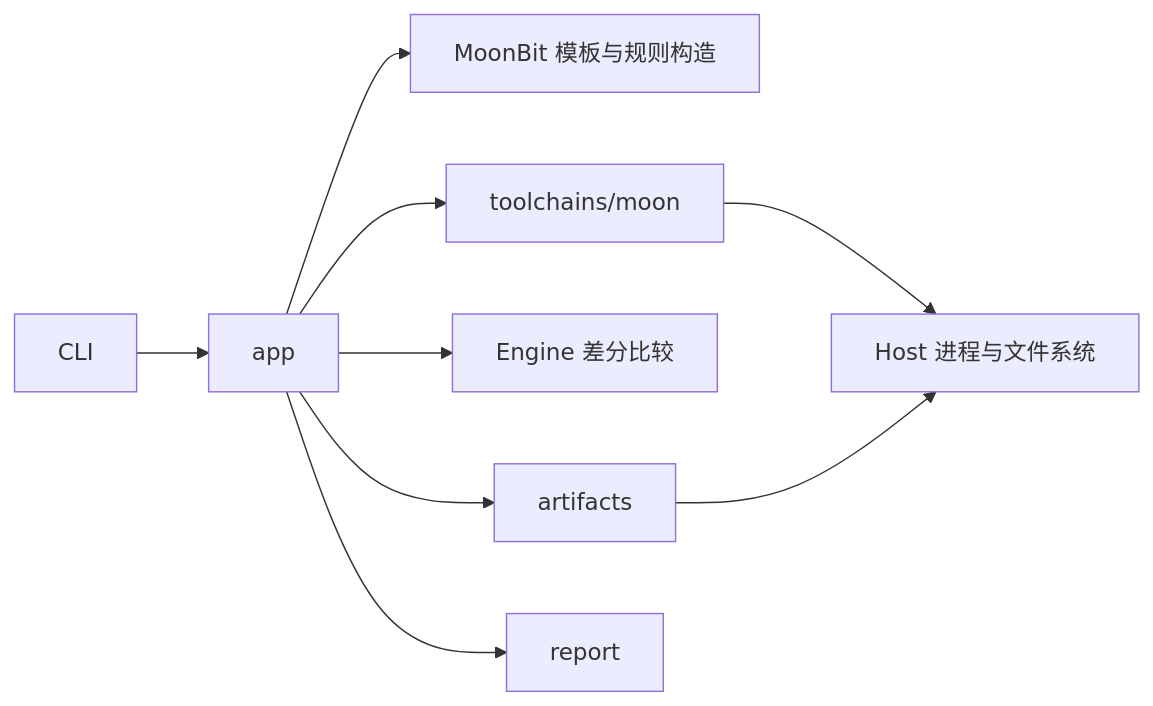
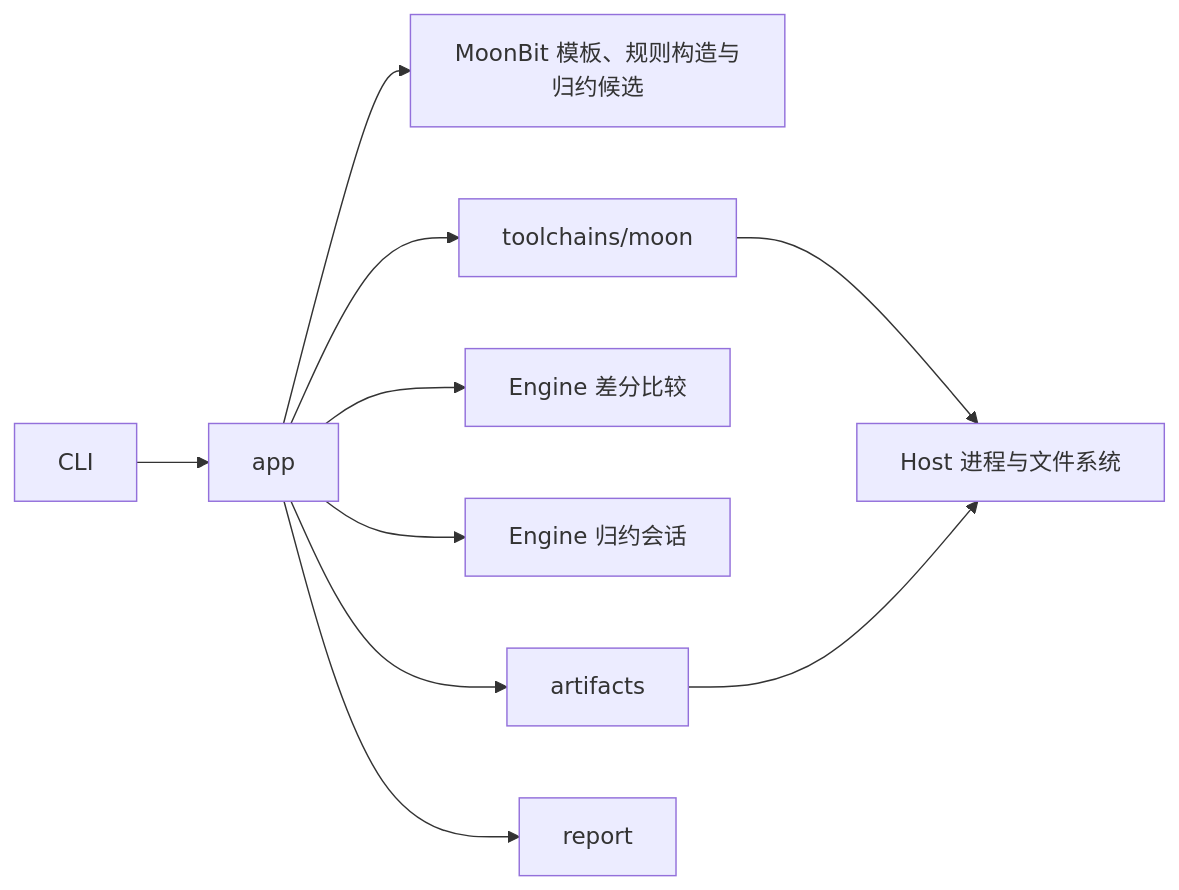
One commit to zrr1999/moonsmith changed the diagram in CONTRIBUTING.md. Above: the diagram before and after it, drawn with Mermaid. The commit also changed other lines of this file and 28 other files, not shown here.

````diff
--- a/CONTRIBUTING.md
+++ b/CONTRIBUTING.md
@@ -70,11 +69,12 @@
 ```mermaid
 flowchart LR
     CLI[CLI] --> App[app]
-    App --> Language[MoonBit 模板与规则构造]
+    App --> Language[MoonBit 模板、规则构造与归约候选]
     App --> Compiler[toolchains/moon]
     Compiler --> Host[Host 进程与文件系统]
     App --> Engine[Engine 差分比较]
+    App --> Reduction[Engine 归约会话]
     App --> Store[artifacts]
     Store --> Host
     App --> Report[report]
 ```
````
